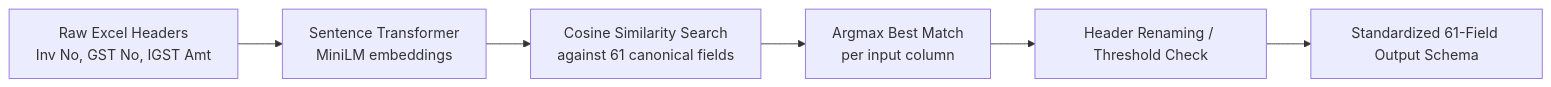
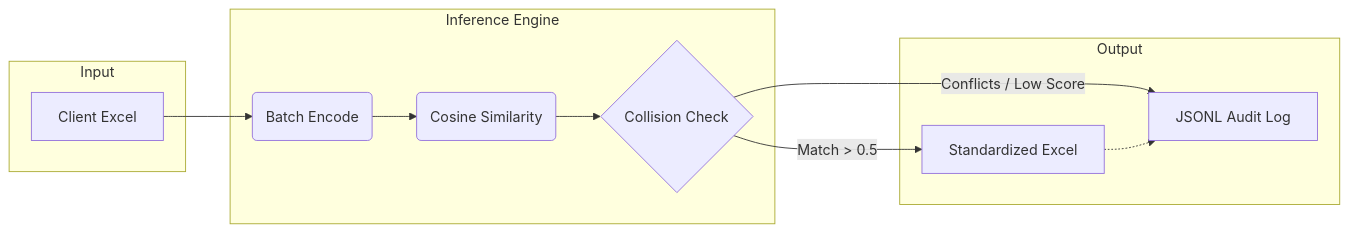
The diagram in README.md (kshgrshrn/Semantic-GST-Schema-Standardization-Engine), drawn with Mermaid before and after one commit. The commit also changed other lines of this file, not shown here.

Commit message:
docs(project): update architecture diagrams, metrics, and API usage

````diff
--- a/README.md
+++ b/README.md
@@ -42,8 +42,23 @@
 ```mermaid
 flowchart LR
-    A["Raw Excel Headers<br/>Inv No, GST No, IGST Amt"] --> B["Sentence Transformer<br/>MiniLM embeddings"]
-    B --> C["Cosine Similarity Search<br/>against 61 canonical fields"]
-    C --> D["Argmax Best Match<br/>per input column"]
-    D --> E["Header Renaming / Threshold Check"]
-    E --> F["Standardized 61-Field Output Schema"]
+    subgraph Input
+        A[Client Excel]
+    end
+
+    subgraph Inference Engine
+        B(Batch Encode)
+        C(Cosine Similarity)
+        D{Collision Check}
+        B --> C --> D
+    end
+
+    subgraph Output
+        E[Standardized Excel]
+        F[JSONL Audit Log]
+    end
+
+    A --> B
+    D -- "Match > 0.5" --> E
+    D -- "Conflicts / Low Score" --> F
+    E -.-> F
 ```
````
